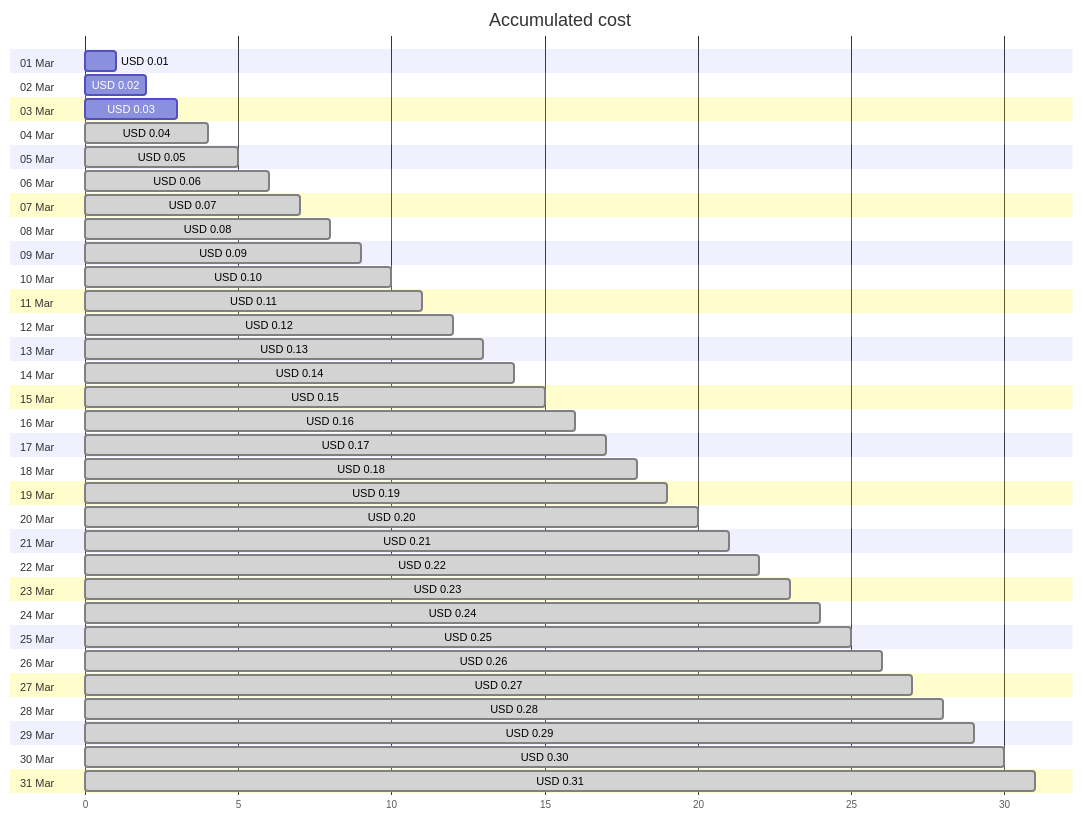
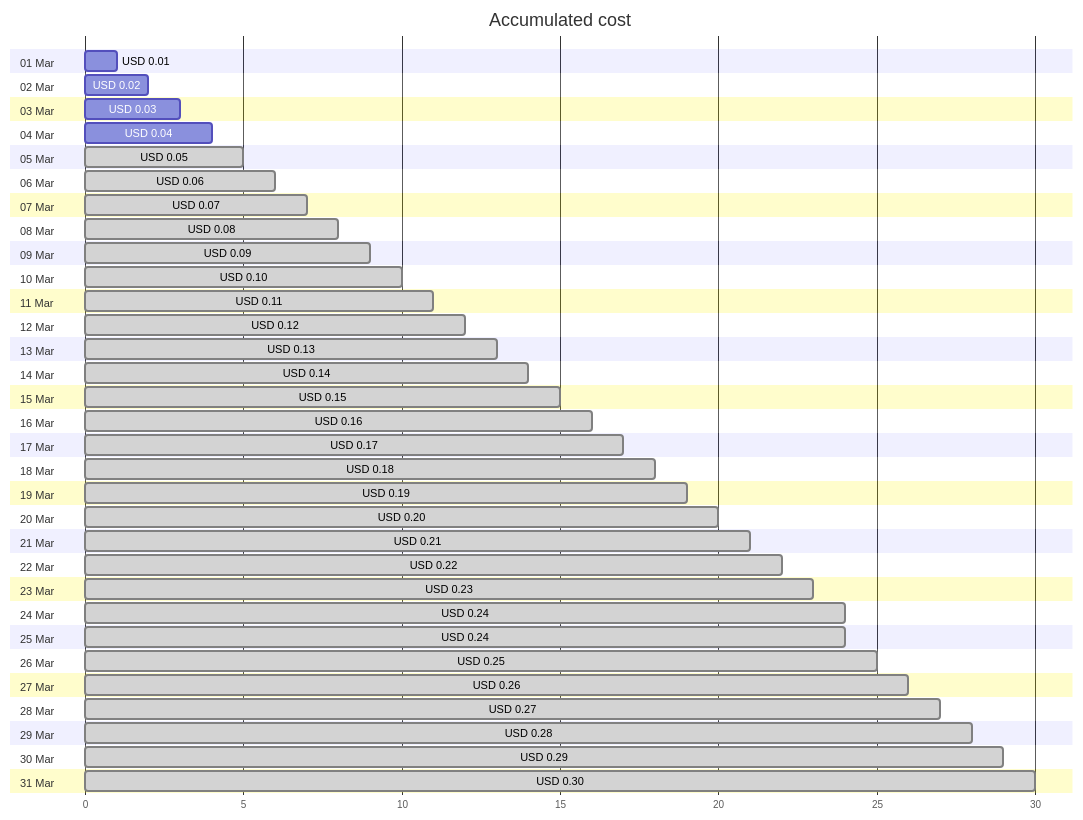
One commit to jpfulton/azure-personal-reports changed the first of 4 diagrams in cost-reports/cloud-shell-storage-eastus/cs2100300008c8d894b.md. Above: the diagram before and after it, drawn with Mermaid. The commit also changed other lines of this file and 1 other file, not shown here.

````diff
--- a/cost-reports/cloud-shell-storage-eastus/cs2100300008c8d894b.md
+++ b/cost-reports/cloud-shell-storage-eastus/cs2100300008c8d894b.md
@@ -20,68 +20,68 @@
 ```mermaid
 gantt
    title Accumulated cost
    dateFormat  X
    axisFormat %s
    section 01 Mar
    USD 0.01 :0, 1
    section 02 Mar
    USD 0.02 :0, 2
    section 03 Mar
    USD 0.03 :0, 3
    section 04 Mar
-   USD 0.04 : done, 0, 4
+   USD 0.04 :0, 4
    section 05 Mar
    USD 0.05 : done, 0, 5
    section 06 Mar
    USD 0.06 : done, 0, 6
    section 07 Mar
    USD 0.07 : done, 0, 7
    section 08 Mar
    USD 0.08 : done, 0, 8
    section 09 Mar
    USD 0.09 : done, 0, 9
    section 10 Mar
    USD 0.10 : done, 0, 10
    section 11 Mar
    USD 0.11 : done, 0, 11
    section 12 Mar
    USD 0.12 : done, 0, 12
    section 13 Mar
    USD 0.13 : done, 0, 13
    section 14 Mar
    USD 0.14 : done, 0, 14
    section 15 Mar
    USD 0.15 : done, 0, 15
    section 16 Mar
    USD 0.16 : done, 0, 16
    section 17 Mar
    USD 0.17 : done, 0, 17
    section 18 Mar
    USD 0.18 : done, 0, 18
    section 19 Mar
    USD 0.19 : done, 0, 19
    section 20 Mar
    USD 0.20 : done, 0, 20
    section 21 Mar
    USD 0.21 : done, 0, 21
    section 22 Mar
    USD 0.22 : done, 0, 22
    section 23 Mar
    USD 0.23 : done, 0, 23
    section 24 Mar
    USD 0.24 : done, 0, 24
    section 25 Mar
+   USD 0.24 : done, 0, 24
+   section 26 Mar
    USD 0.25 : done, 0, 25
-   section 26 Mar
+   section 27 Mar
    USD 0.26 : done, 0, 26
-   section 27 Mar
+   section 28 Mar
    USD 0.27 : done, 0, 27
-   section 28 Mar
+   section 29 Mar
    USD 0.28 : done, 0, 28
-   section 29 Mar
+   section 30 Mar
    USD 0.29 : done, 0, 29
-   section 30 Mar
+   section 31 Mar
    USD 0.30 : done, 0, 30
-   section 31 Mar
-   USD 0.31 : done, 0, 31
 ```
````
